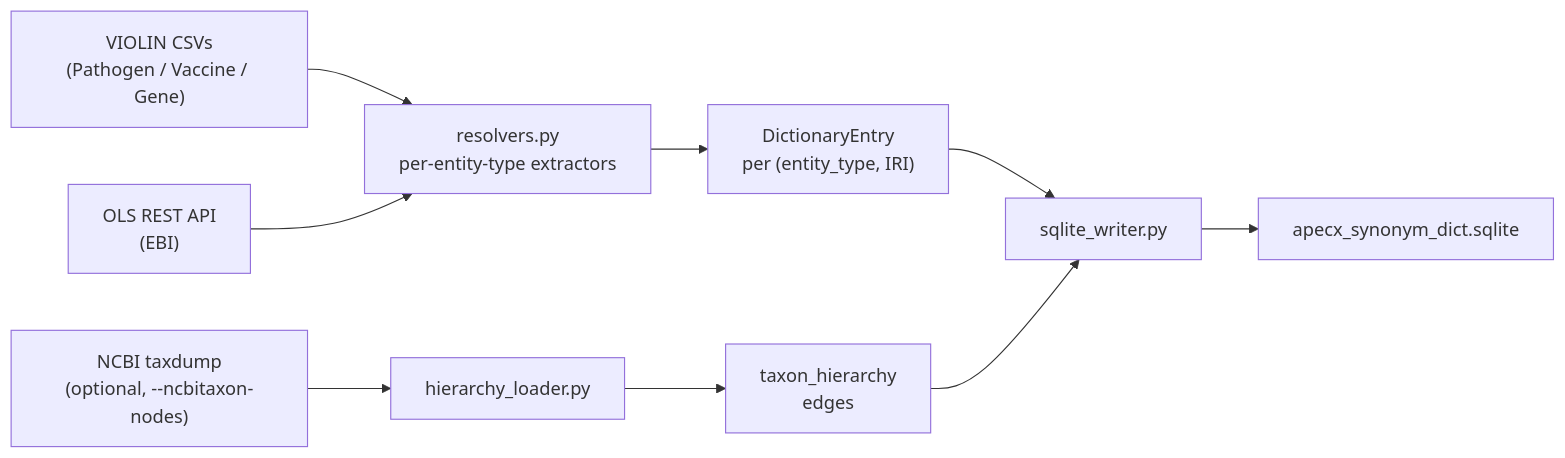
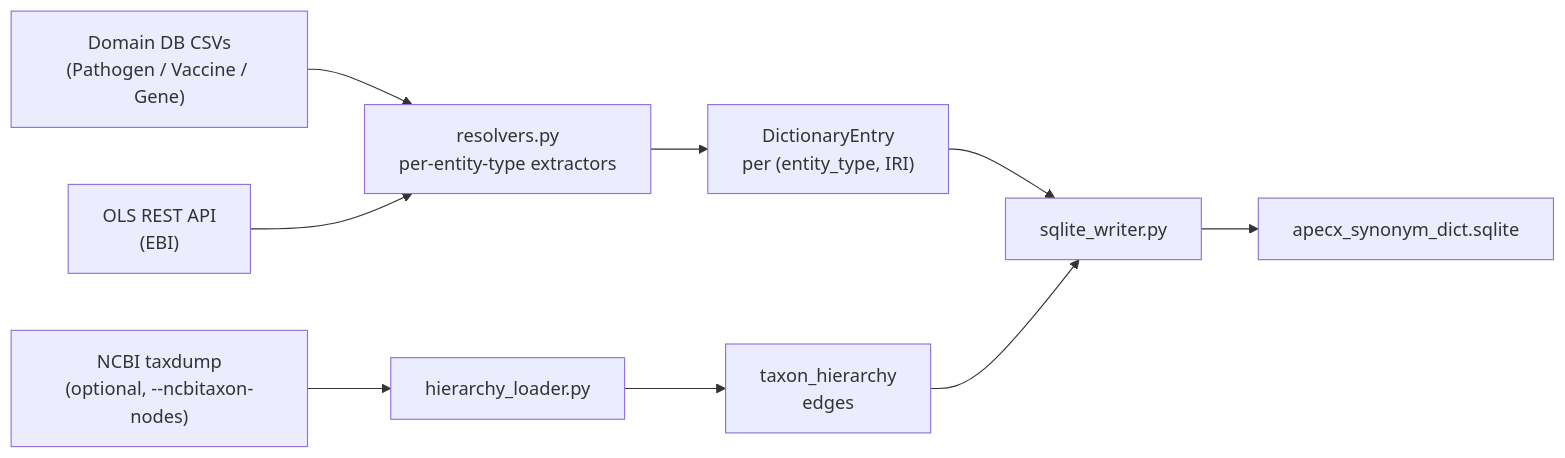
Before and after one commit to AlexandrNP/apecx-mcp-integration: the fifth of 8 diagrams in docs/architecture.md, drawn with Mermaid. The commit also changed other lines of this file and 29 other files, not shown here.

````diff
--- a/docs/architecture.md
+++ b/docs/architecture.md
@@ -393,11 +408,11 @@
 ```mermaid
 flowchart LR
-    VIN["VIOLIN CSVs<br/>(Pathogen / Vaccine / Gene)"] --> XR["resolvers.py<br/>per-entity-type extractors"]
+    VIN["Domain DB CSVs<br/>(Pathogen / Vaccine / Gene)"] --> XR["resolvers.py<br/>per-entity-type extractors"]
     OLS["OLS REST API<br/>(EBI)"] --> XR
     NTAX["NCBI taxdump<br/>(optional, --ncbitaxon-nodes)"] --> HL["hierarchy_loader.py"]
     XR --> ENT["DictionaryEntry<br/>per (entity_type, IRI)"]
     HL --> H["taxon_hierarchy<br/>edges"]
     ENT --> SQW["sqlite_writer.py"]
     H --> SQW
     SQW --> DICT["apecx_synonym_dict.sqlite"]
 ```
````
